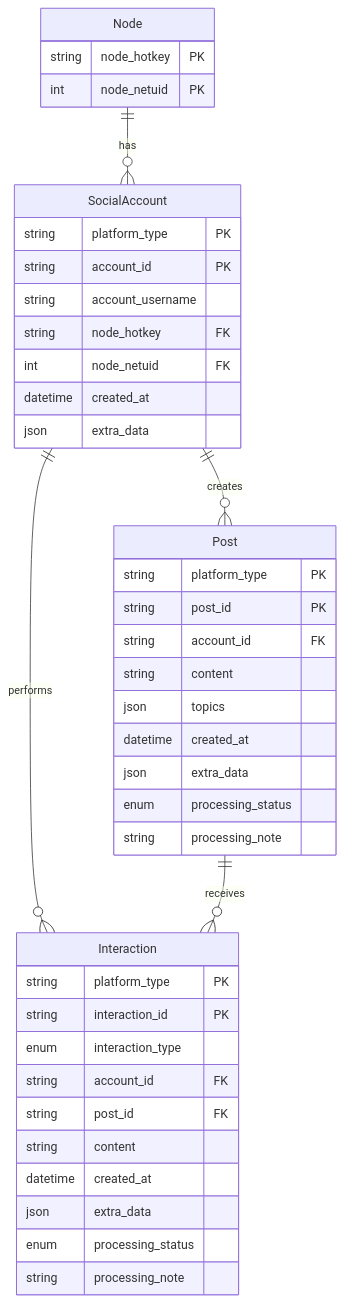
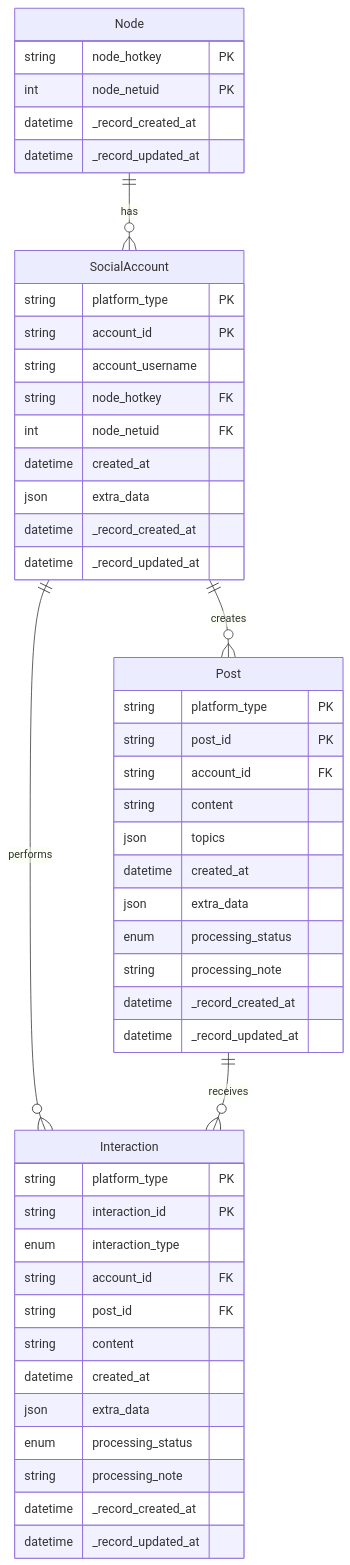
The diagram in docs/dev/db_schema.md (NuanceNetwork/Nuance), drawn with Mermaid before and after one commit. The commit also changed 20 other files, not shown here.

````diff
--- a/docs/dev/db_schema.md
+++ b/docs/dev/db_schema.md
@@ -1,47 +1,55 @@
 ```mermaid
 erDiagram
     Node ||--o{ SocialAccount : "has"
     SocialAccount ||--o{ Post : "creates"
     SocialAccount ||--o{ Interaction : "performs"
     Post ||--o{ Interaction : "receives"
     
     Node {
         string node_hotkey PK
         int node_netuid PK
+        datetime _record_created_at
+        datetime _record_updated_at
     }
     
     SocialAccount {
         string platform_type PK
         string account_id PK
         string account_username
         string node_hotkey FK
         int node_netuid FK
         datetime created_at
         json extra_data
+        datetime _record_created_at
+        datetime _record_updated_at
     }
     
     Post {
         string platform_type PK
         string post_id PK
         string account_id FK
         string content
         json topics
         datetime created_at
         json extra_data
         enum processing_status
         string processing_note
+        datetime _record_created_at
+        datetime _record_updated_at
     }
     
     Interaction {
         string platform_type PK
         string interaction_id PK
         enum interaction_type
         string account_id FK
         string post_id FK
         string content
         datetime created_at
         json extra_data
         enum processing_status
         string processing_note
+        datetime _record_created_at
+        datetime _record_updated_at
     }
 ```
````
